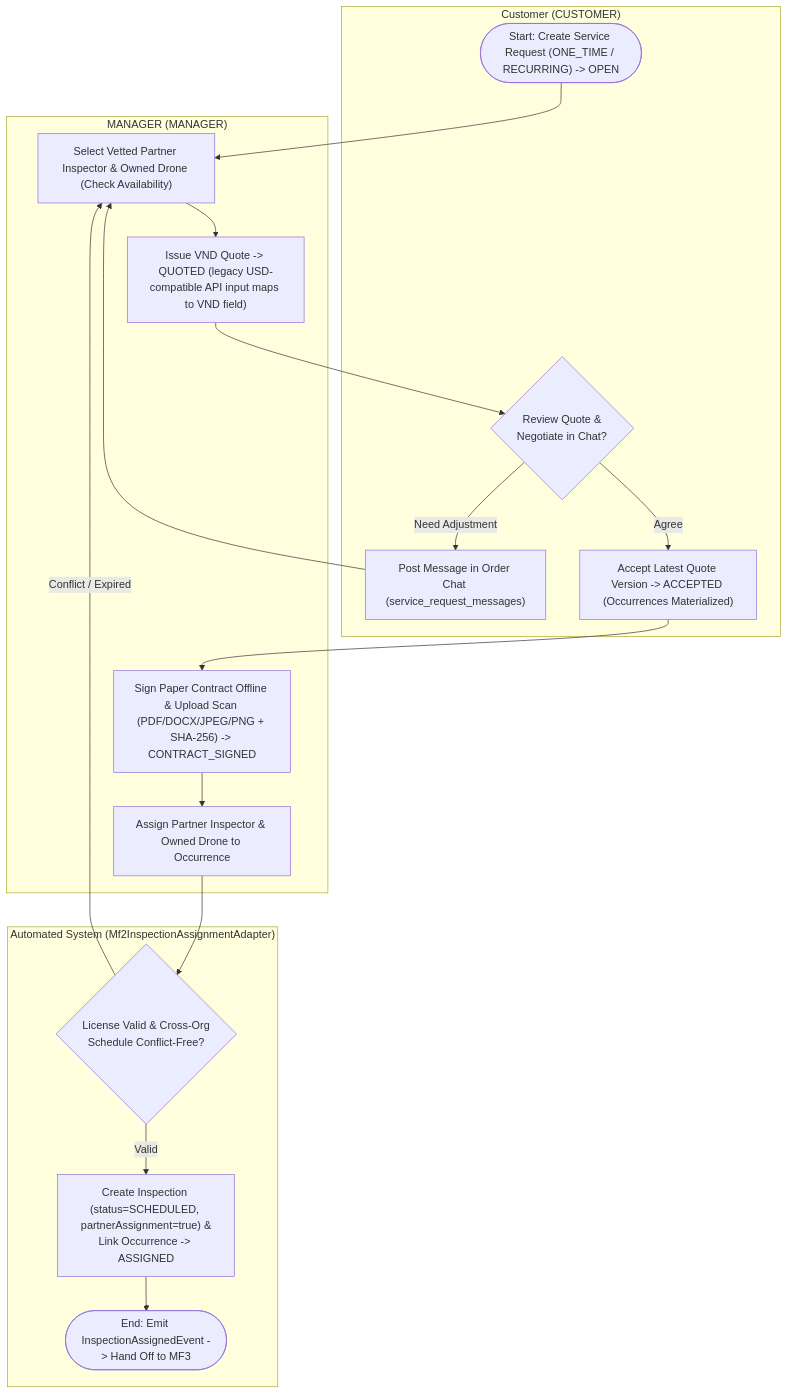
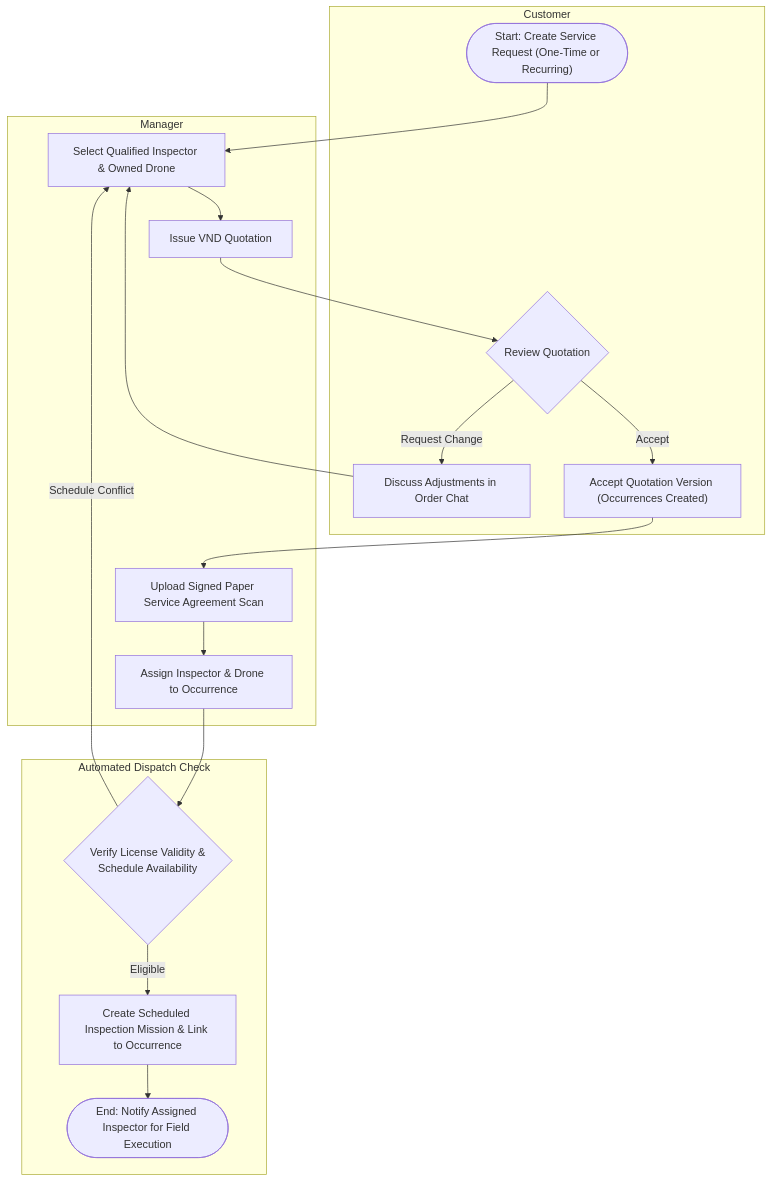
Before and after one commit to tungbach12/SmartDroneInspection-Docs: diagram 11 of 23 in reports/report-4-software-design-document/03-detailed-design.md, drawn with Mermaid. The commit also changed other lines of this file and 206 other files, not shown here.

First line of the commit message:
docs(reports): synchronize Report 1-5 changes, update diagrams, and clean exports

````diff
--- a/reports/report-4-software-design-document/03-detailed-design.md
+++ b/reports/report-4-software-design-document/03-detailed-design.md
@@ -527,29 +467,29 @@
 ```mermaid
-%% title: WF-02 Activity Diagram - Service Request, Quote, Signed Contract and Partner Dispatch
+%% title: WF-02 Activity Diagram - Service Request, Quotation, Signed Contract and Dispatch
 flowchart TD
-  subgraph CU2["Customer (CUSTOMER)"]
-    B1(["Start: Create Service Request (ONE_TIME / RECURRING) -> OPEN"])
-    B4{"Review Quote &\nNegotiate in Chat?"}
-    B5["Post Message in Order Chat (service_request_messages)"]
-    B6["Accept Latest Quote Version -> ACCEPTED (Occurrences Materialized)"]
+  subgraph CU2["Customer"]
+    B1(["Start: Create Service Request (One-Time or Recurring)"])
+    B4{"Review Quotation"}
+    B5["Discuss Adjustments in Order Chat"]
+    B6["Accept Quotation Version (Occurrences Created)"]
   end
 
-  subgraph MG2["MANAGER (MANAGER)"]
-    B2["Select Vetted Partner Inspector & Owned Drone (Check Availability)"]
-    B3["Issue VND Quote -> QUOTED (legacy USD-compatible API input maps to VND field)"]
-    B7["Sign Paper Contract Offline & Upload Scan (PDF/DOCX/JPEG/PNG + SHA-256) -> CONTRACT_SIGNED"]
-    B8["Assign Partner Inspector & Owned Drone to Occurrence"]
+  subgraph MG2["Manager"]
+    B2["Select Qualified Inspector & Owned Drone"]
+    B3["Issue VND Quotation"]
+    B7["Upload Signed Paper Service Agreement Scan"]
+    B8["Assign Inspector & Drone to Occurrence"]
   end
 
-  subgraph SYS2["Automated System (Mf2InspectionAssignmentAdapter)"]
-    B9{"License Valid & Cross-Org\nSchedule Conflict-Free?"}
-    B10["Create Inspection (status=SCHEDULED, partnerAssignment=true) &\nLink Occurrence -> ASSIGNED"]
-    B11(["End: Emit InspectionAssignedEvent -> Hand Off to MF3"])
+  subgraph SYS2["Automated Dispatch Check"]
+    B9{"Verify License Validity &\nSchedule Availability"}
+    B10["Create Scheduled Inspection Mission & Link to Occurrence"]
+    B11(["End: Notify Assigned Inspector for Field Execution"])
   end
 
   B1 --> B2 --> B3 --> B4
-  B4 -->|"Need Adjustment"| B5 --> B2
-  B4 -->|"Agree"| B6 --> B7 --> B8 --> B9
-  B9 -->|"Conflict / Expired"| B2
-  B9 -->|"Valid"| B10 --> B11
+  B4 -->|"Request Change"| B5 --> B2
+  B4 -->|"Accept"| B6 --> B7 --> B8 --> B9
+  B9 -->|"Schedule Conflict"| B2
+  B9 -->|"Eligible"| B10 --> B11
 ```
````
